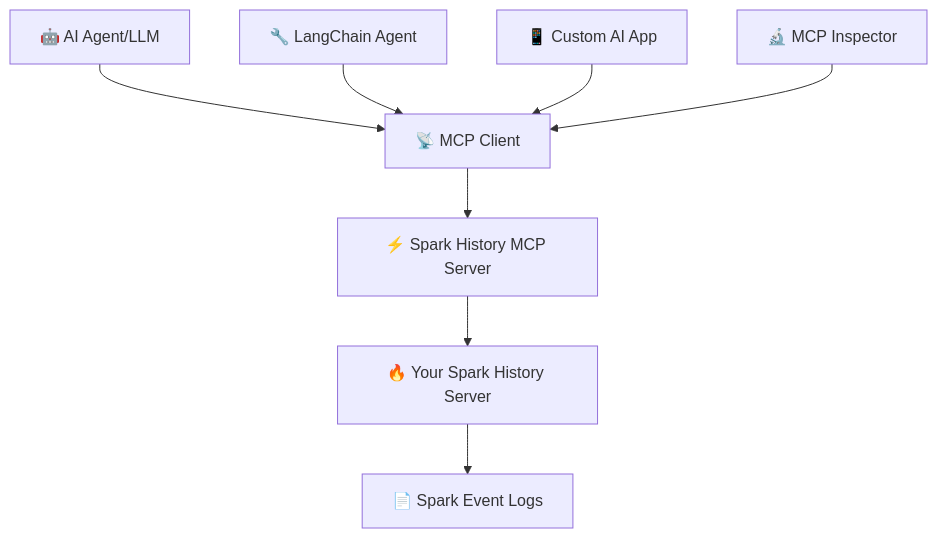
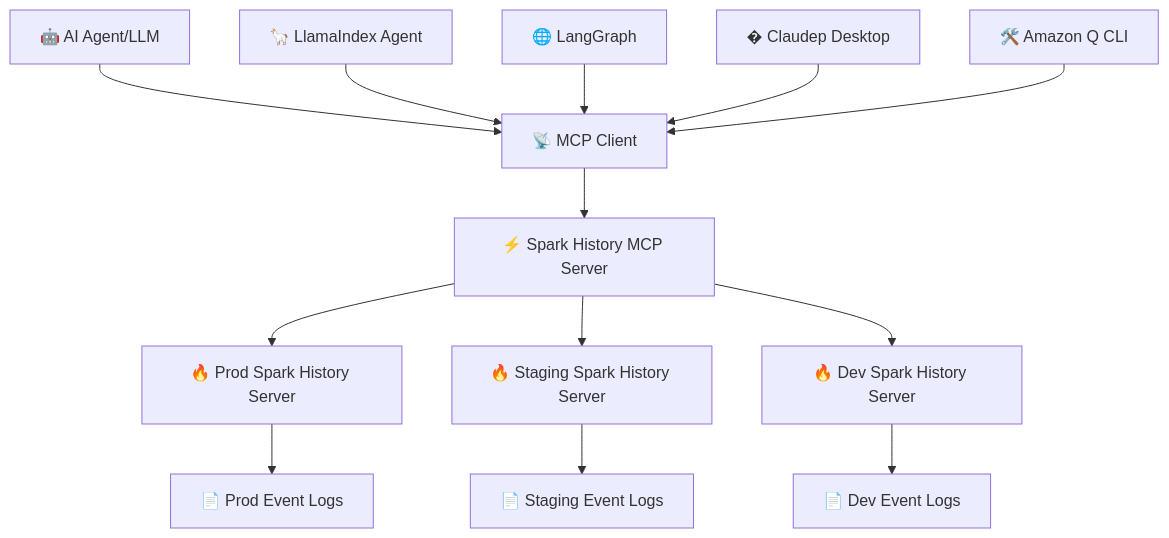
One commit to xiongbo-sjtu/mcp-apache-spark-history-server changed the diagram in README.md. Above: the diagram before and after it, drawn with Mermaid. The commit also changed 3 other files, not shown here.

Commit message:
Updating diagram and youtube video demo in README (#63)

````diff
--- a/README.md
+++ b/README.md
@@ -29,11 +29,18 @@
 ```mermaid
 graph TB
-    A[🤖 AI Agent/LLM] --> B[📡 MCP Client]
-    B --> C[⚡ Spark History MCP Server]
-    C --> D[🔥 Your Spark History Server]
-    D --> E[📄 Spark Event Logs]
+    A[🤖 AI Agent/LLM] --> F[📡 MCP Client]
+    B[🦙 LlamaIndex Agent] --> F
+    C[🌐 LangGraph] --> F
+    D[�️ Claudep Desktop] --> F
+    E[🛠️ Amazon Q CLI] --> F
 
-    F[🔧 LangChain Agent] --> B
-    G[📱 Custom AI App] --> B
-    H[🔬 MCP Inspector] --> B
+    F --> G[⚡ Spark History MCP Server]
+
+    G --> H[🔥 Prod Spark History Server]
+    G --> I[🔥 Staging Spark History Server]
+    G --> J[🔥 Dev Spark History Server]
+
+    H --> K[📄 Prod Event Logs]
+    I --> L[📄 Staging Event Logs]
+    J --> M[📄 Dev Event Logs]
 ```
````
